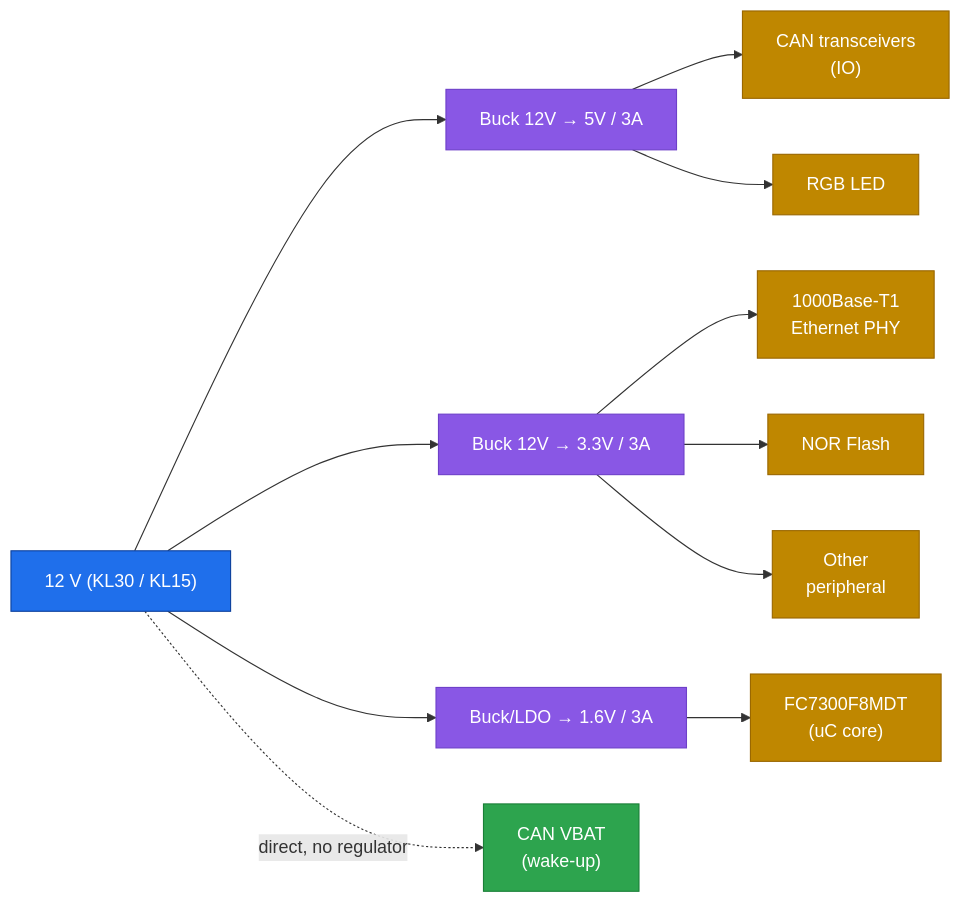
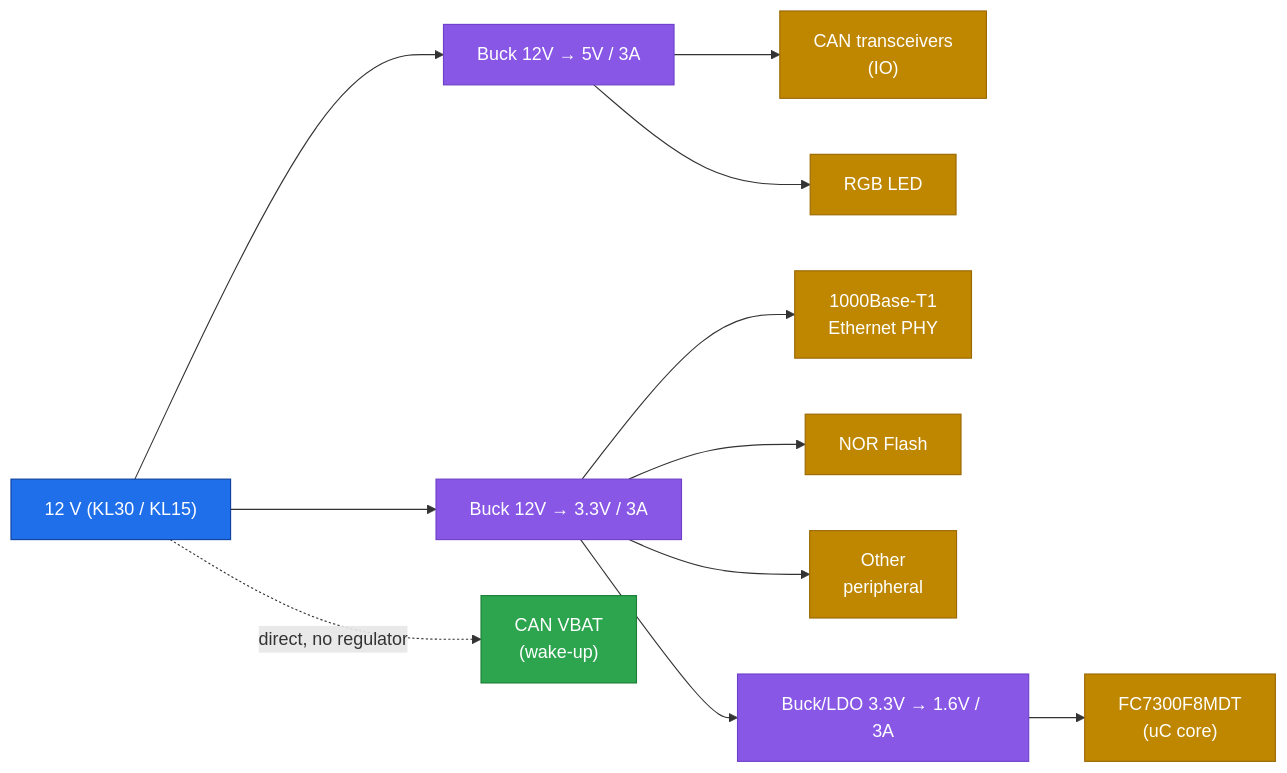
The second of 2 diagrams in hardware/schematics/power.md (sdyspb/can-fd-logger), drawn with Mermaid before and after one commit. The commit also changed other lines of this file, not shown here.

````diff
--- a/hardware/schematics/power.md
+++ b/hardware/schematics/power.md
@@ -81,27 +81,27 @@
 ```mermaid
 flowchart LR
     MAIN["12 V (KL30 / KL15)"] --> REG5["Buck 12V → 5V / 3A"]
     MAIN --> REG33["Buck 12V → 3.3V / 3A"]
-    MAIN --> REGLDO["Buck/LDO → 1.6V / 3A"]
 
     REG5 --> CAN["CAN transceivers<br/>(IO)"]
     REG5 --> RGB["RGB LED"]
 
     REG33 --> ETH["1000Base-T1<br/>Ethernet PHY"]
     REG33 --> FLASH["NOR Flash"]
     REG33 --> PERI["Other<br/>peripheral"]
+    REG33 --> REGLDO["Buck/LDO 3.3V → 1.6V / 3A"]
 
     REGLDO --> UC["FC7300F8MDT<br/>(uC core)"]
 
     MAIN -.->|direct, no regulator| VBAT["CAN VBAT<br/>(wake-up)"]
 
     classDef source fill:#1f6feb,stroke:#0d419d,color:#fff
     classDef conv fill:#8957e5,stroke:#6e40c9,color:#fff
     classDef load fill:#bf8700,stroke:#9a6700,color:#fff
     classDef vbat fill:#2da44e,stroke:#1a7f37,color:#fff
 
     class MAIN source
     class REG5,REG33,REGLDO conv
     class CAN,RGB,ETH,FLASH,PERI,UC load
     class VBAT vbat
 ```
````
